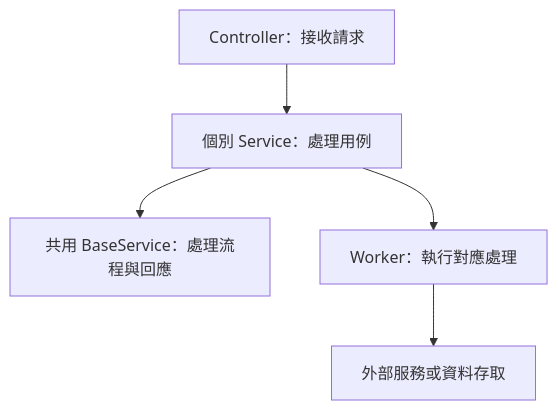
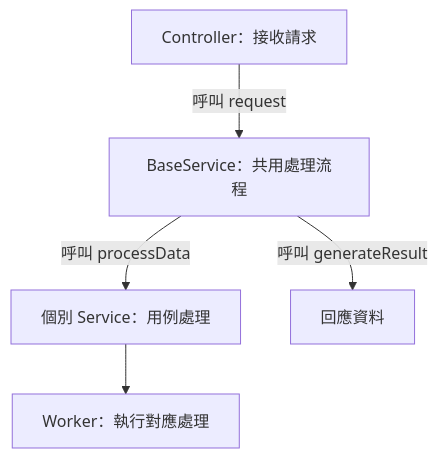
One commit to highhao/insurance-saas-platform changed the diagram in architecture-demo.md. Above: the diagram before and after it, drawn with Mermaid. The commit also changed other lines of this file and 1 other file, not shown here.

````diff
--- a/architecture-demo.md
+++ b/architecture-demo.md
@@ -5,7 +5,7 @@
 ```mermaid
 flowchart TB
-    C[Controller：接收請求] --> S[個別 Service：處理用例]
-    S --> B[共用 BaseService：處理流程與回應]
+    C[Controller：接收請求] -->|呼叫 request| B[BaseService：共用處理流程]
+    B -->|呼叫 processData| S[個別 Service：用例處理]
     S --> W[Worker：執行對應處理]
-    W --> X[外部服務或資料存取]
+    B -->|呼叫 generateResult| R[回應資料]
 ```
````
